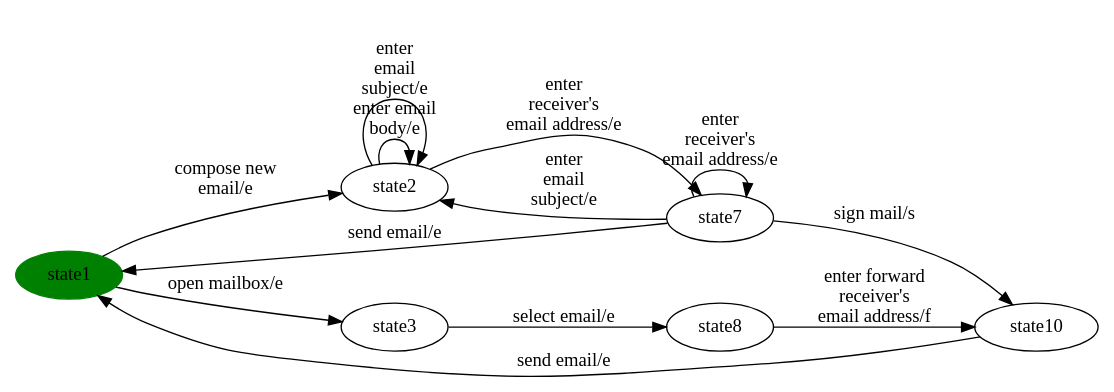
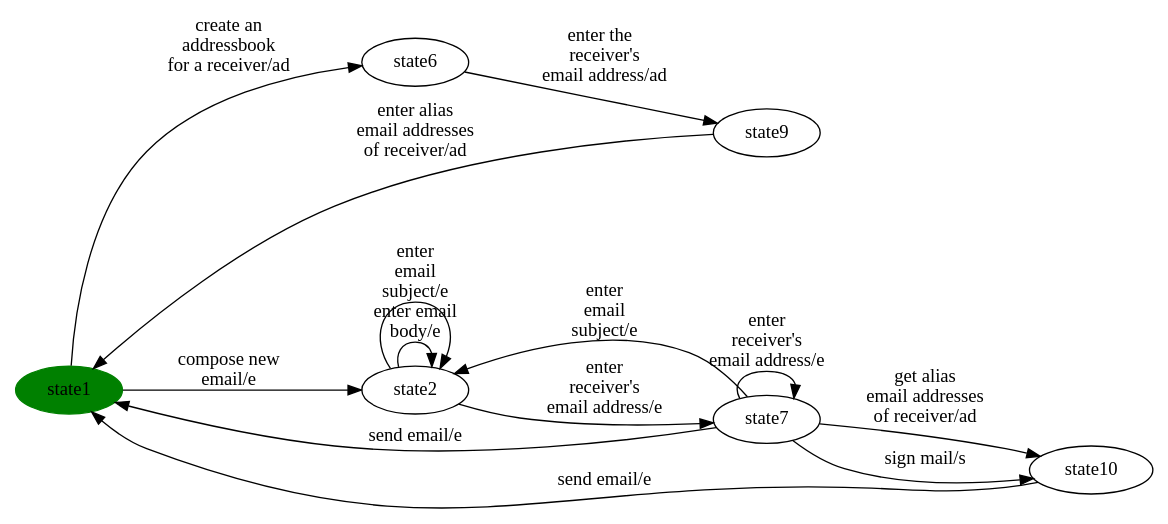
The diagram in automode-reports/per-product/eMail/eMail-product5.dot (dilekozturk93/vibes), drawn with Graphviz before and after one commit. The commit also changed 43 other files, not shown here.

```diff
--- a/automode-reports/per-product/eMail/eMail-product5.dot
+++ b/automode-reports/per-product/eMail/eMail-product5.dot
@@ -1,33 +1,40 @@
 digraph G {
 rankdir=LR;
 state0[ label = "state1", style=filled, color=green ];
-state1 [ label = "state8" ];
-state1 -> state2 [ label=" enter forward 
+state1 [ label = "state9" ];
+state1 -> state0 [ label=" enter alias 
+email addresses 
+of receiver/ad " ];
+state2 [ label = "state6" ];
+state2 -> state1 [ label=" enter the  
 receiver's 
-email address/f " ];
-state2 [ label = "state10" ];
-state2 -> state0 [ label=" send email/e " ];
-state3 [ label = "state7" ];
-state3 -> state4 [ label=" enter
+email address/ad " ];
+state3 [ label = "state10" ];
+state3 -> state0 [ label=" send email/e " ];
+state4 [ label = "state7" ];
+state4 -> state0 [ label=" send email/e " ];
+state4 -> state3 [ label=" sign mail/s " ];
+state4 -> state3 [ label=" get alias 
+email addresses 
+of receiver/ad " ];
+state4 -> state5 [ label=" enter
  email 
 subject/e " ];
-state3 -> state0 [ label=" send email/e " ];
-state3 -> state3 [ label=" enter 
+state4 -> state4 [ label=" enter 
 receiver's 
 email address/e " ];
-state3 -> state2 [ label=" sign mail/s " ];
-state4 [ label = "state2" ];
-state4 -> state3 [ label=" enter 
+state5 [ label = "state2" ];
+state5 -> state4 [ label=" enter 
 receiver's 
 email address/e " ];
-state4 -> state4 [ label=" enter email 
+state5 -> state5 [ label=" enter email 
 body/e " ];
-state4 -> state4 [ label=" enter
+state5 -> state5 [ label=" enter
  email 
 subject/e " ];
-state0 -> state4 [ label=" compose new 
+state0 -> state2 [ label=" create an 
+addressbook 
+for a receiver/ad " ];
+state0 -> state5 [ label=" compose new 
 email/e " ];
-state0 -> state5 [ label=" open mailbox/e " ];
-state5 [ label = "state3" ];
-state5 -> state1 [ label=" select email/e " ];
 }
```
